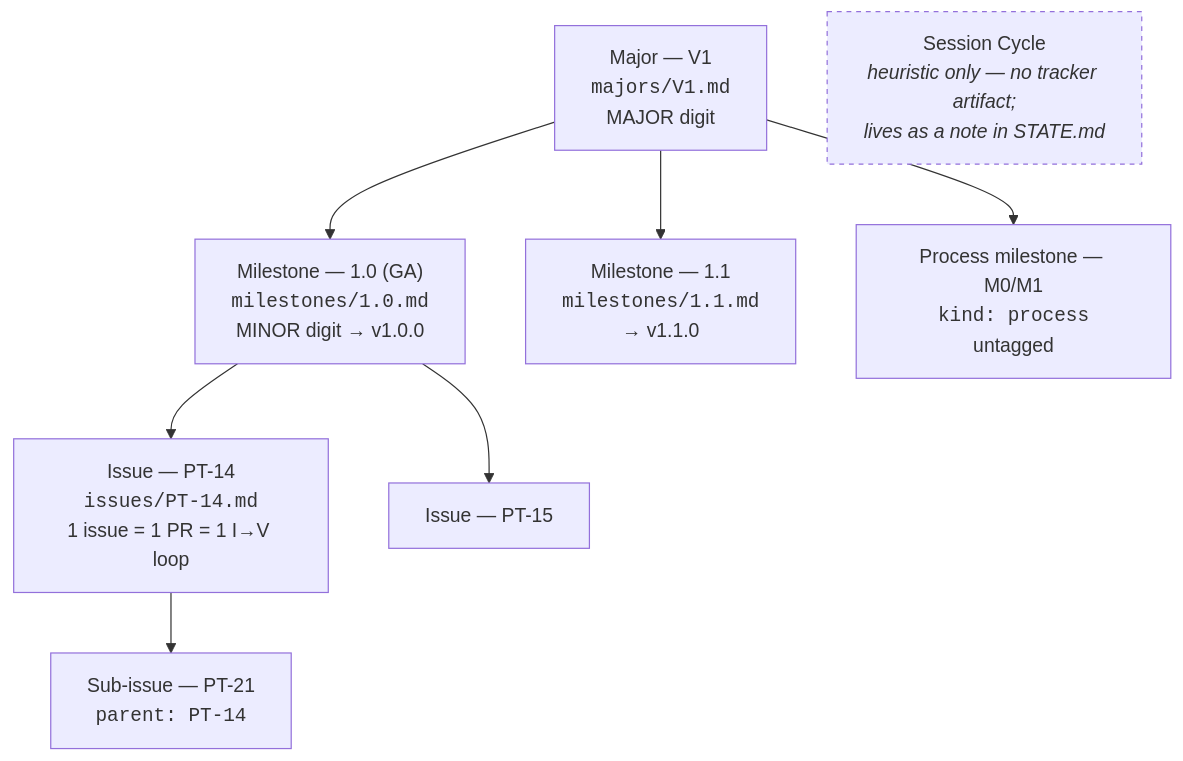
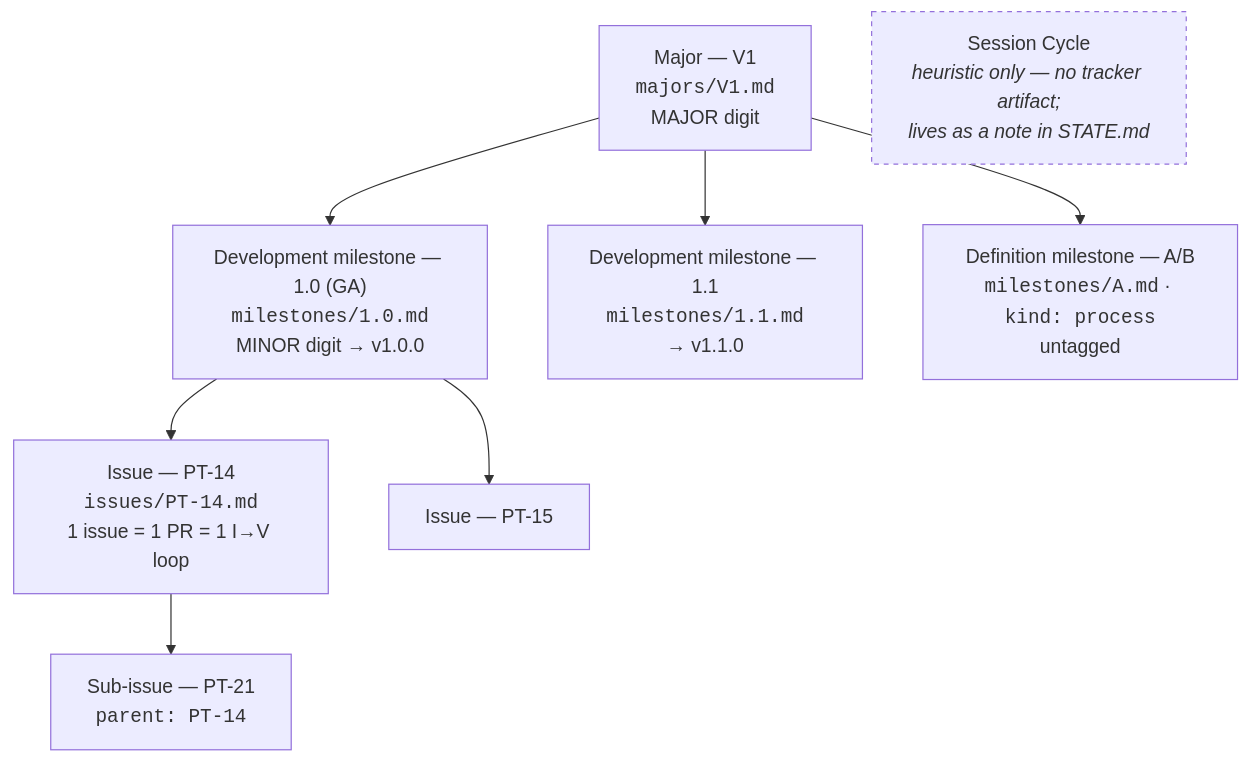
One commit to richmosko/project_template changed the diagram in process/TRACKER.md. Above: the diagram before and after it, drawn with Mermaid. The commit also changed other lines of this file and 16 other files, not shown here.

First line of the commit message:
feat(PT-27): letter-milestone convention — A/B/C definition milestones, M0+ reserved for development (#61)

````diff
--- a/process/TRACKER.md
+++ b/process/TRACKER.md
@@ -291,11 +330,11 @@
 ```mermaid
 flowchart TD
-  L["Major — V1<br/><code>majors/V1.md</code><br/>MAJOR digit"] --> M1["Milestone — 1.0 (GA)<br/><code>milestones/1.0.md</code><br/>MINOR digit → v1.0.0"]
-  L --> M2["Milestone — 1.1<br/><code>milestones/1.1.md</code><br/>→ v1.1.0"]
-  L --> M0["Process milestone — M0/M1<br/><code>kind: process</code><br/>untagged"]
-  M1 --> I1["Issue — PT-14<br/><code>issues/PT-14.md</code><br/>1 issue = 1 PR = 1 I→V loop"]
-  M1 --> I2["Issue — PT-15"]
+  L["Major — V1<br/><code>majors/V1.md</code><br/>MAJOR digit"] --> D1["Development milestone — 1.0 (GA)<br/><code>milestones/1.0.md</code><br/>MINOR digit → v1.0.0"]
+  L --> D2["Development milestone — 1.1<br/><code>milestones/1.1.md</code><br/>→ v1.1.0"]
+  L --> DEF["Definition milestone — A/B<br/><code>milestones/A.md</code> · <code>kind: process</code><br/>untagged"]
+  D1 --> I1["Issue — PT-14<br/><code>issues/PT-14.md</code><br/>1 issue = 1 PR = 1 I→V loop"]
+  D1 --> I2["Issue — PT-15"]
   I1 --> S1["Sub-issue — PT-21<br/><code>parent: PT-14</code>"]
   SC["Session Cycle<br/><i>heuristic only — no tracker artifact;<br/>lives as a note in STATE.md</i>"]
   style SC stroke-dasharray: 4 4
 ```
````
